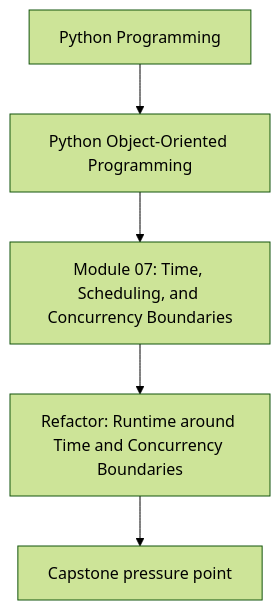
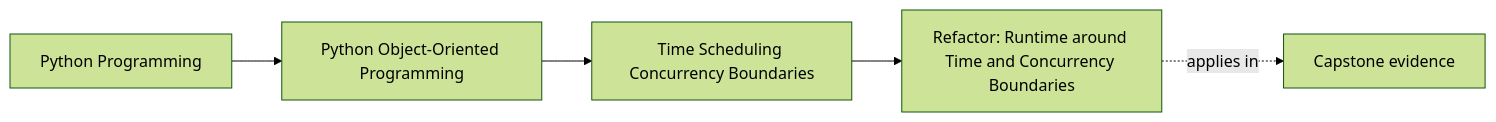
Before and after one commit to bijux/bijux-masterclass: the first of 2 diagrams in programs/python-programming/python-object-oriented-programming/course-book/module-07-time-scheduling-concurrency-boundaries/refactor-runtime-around-time-and-concurrency-boundaries.md, drawn with Mermaid (forest theme). The commit also changed other lines of this file and 103 other files, not shown here.

Commit message:
docs(python-object-oriented-programming): map sustainment and capstone surfaces

````diff
--- a/programs/python-programming/python-object-oriented-programming/course-book/module-07-time-scheduling-concurrency-boundaries/refactor-runtime-around-time-and-concurrency-boundaries.md
+++ b/programs/python-programming/python-object-oriented-programming/course-book/module-07-time-scheduling-concurrency-boundaries/refactor-runtime-around-time-and-concurrency-boundaries.md
@@ -7,7 +7,11 @@
 ```mermaid
-flowchart TD
-  family["Python Programming"] --> program["Python Object-Oriented Programming"]
-  program --> module["Module 07: Time, Scheduling, and Concurrency Boundaries"]
-  module --> concept["Refactor: Runtime around Time and Concurrency Boundaries"]
-  concept --> capstone["Capstone pressure point"]
+graph LR
+  family["Python Programming"]
+  program["Python Object-Oriented Programming"]
+  section["Time Scheduling Concurrency Boundaries"]
+  page["Refactor: Runtime around Time and Concurrency Boundaries"]
+  capstone["Capstone evidence"]
+
+  family --> program --> section --> page
+  page -.applies in.-> capstone
 ```
````
